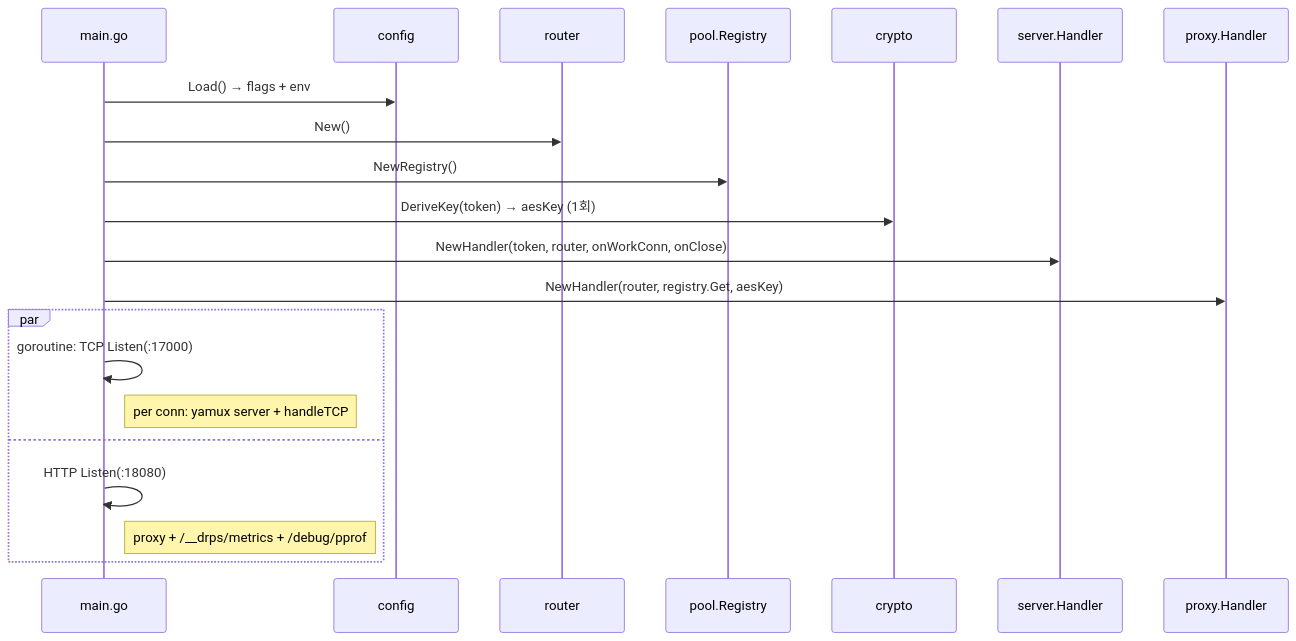
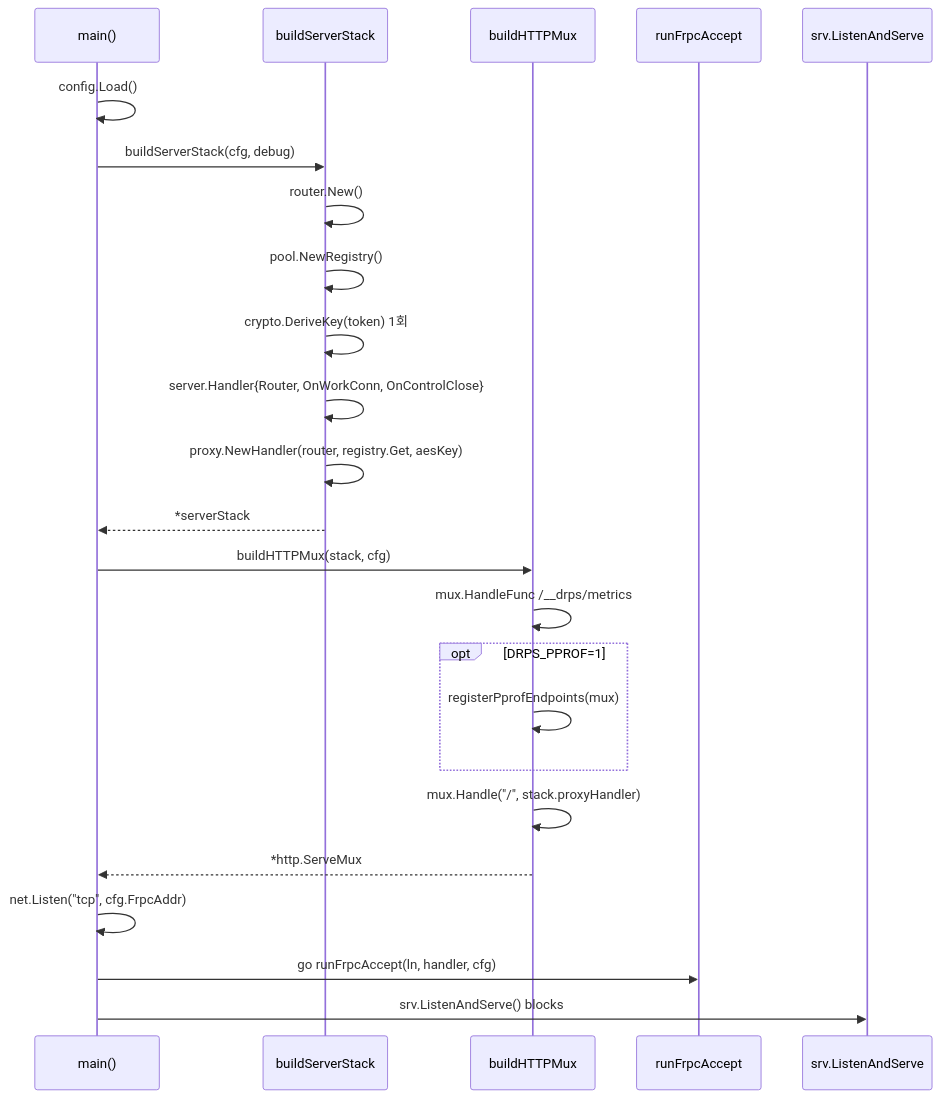
Before and after one commit to cagojeiger/drp: the eighth of 9 diagrams in docs/architecture/flows.md, drawn with Mermaid. The commit also changed other lines of this file and 4 other files, not shown here.

First line of the commit message:
docs: sync architecture + spec with refactor rounds 1-6

````diff
--- a/docs/architecture/flows.md
+++ b/docs/architecture/flows.md
@@ -229,25 +231,29 @@
 ```mermaid
 sequenceDiagram
-    participant M as main.go
-    participant C as config
-    participant R as router
-    participant Reg as pool.Registry
-    participant Cr as crypto
-    participant S as server.Handler
-    participant P as proxy.Handler
+    participant M as main()
+    participant BSS as buildServerStack
+    participant BHM as buildHTTPMux
+    participant RFA as runFrpcAccept
+    participant HTTP as srv.ListenAndServe
 
-    M->>C: Load() → flags + env
-    M->>R: New()
-    M->>Reg: NewRegistry()
-    M->>Cr: DeriveKey(token) → aesKey (1회)
-    M->>S: NewHandler(token, router, onWorkConn, onClose)
-    M->>P: NewHandler(router, registry.Get, aesKey)
+    M->>M: config.Load()
+    M->>BSS: buildServerStack(cfg, debug)
+    BSS->>BSS: router.New()
+    BSS->>BSS: pool.NewRegistry()
+    BSS->>BSS: crypto.DeriveKey(token) 1회
+    BSS->>BSS: server.Handler{Router, OnWorkConn, OnControlClose}
+    BSS->>BSS: proxy.NewHandler(router, registry.Get, aesKey)
+    BSS-->>M: *serverStack
 
-    par
-        M->>M: goroutine: TCP Listen(:17000)
-        Note right of M: per conn: yamux server + handleTCP
-    and
-        M->>M: HTTP Listen(:18080)
-        Note right of M: proxy + /__drps/metrics + /debug/pprof
+    M->>BHM: buildHTTPMux(stack, cfg)
+    BHM->>BHM: mux.HandleFunc /__drps/metrics
+    opt DRPS_PPROF=1
+        BHM->>BHM: registerPprofEndpoints(mux)
     end
+    BHM->>BHM: mux.Handle("/", stack.proxyHandler)
+    BHM-->>M: *http.ServeMux
+
+    M->>M: net.Listen("tcp", cfg.FrpcAddr)
+    M->>RFA: go runFrpcAccept(ln, handler, cfg)
+    M->>HTTP: srv.ListenAndServe() blocks
 ```
````
